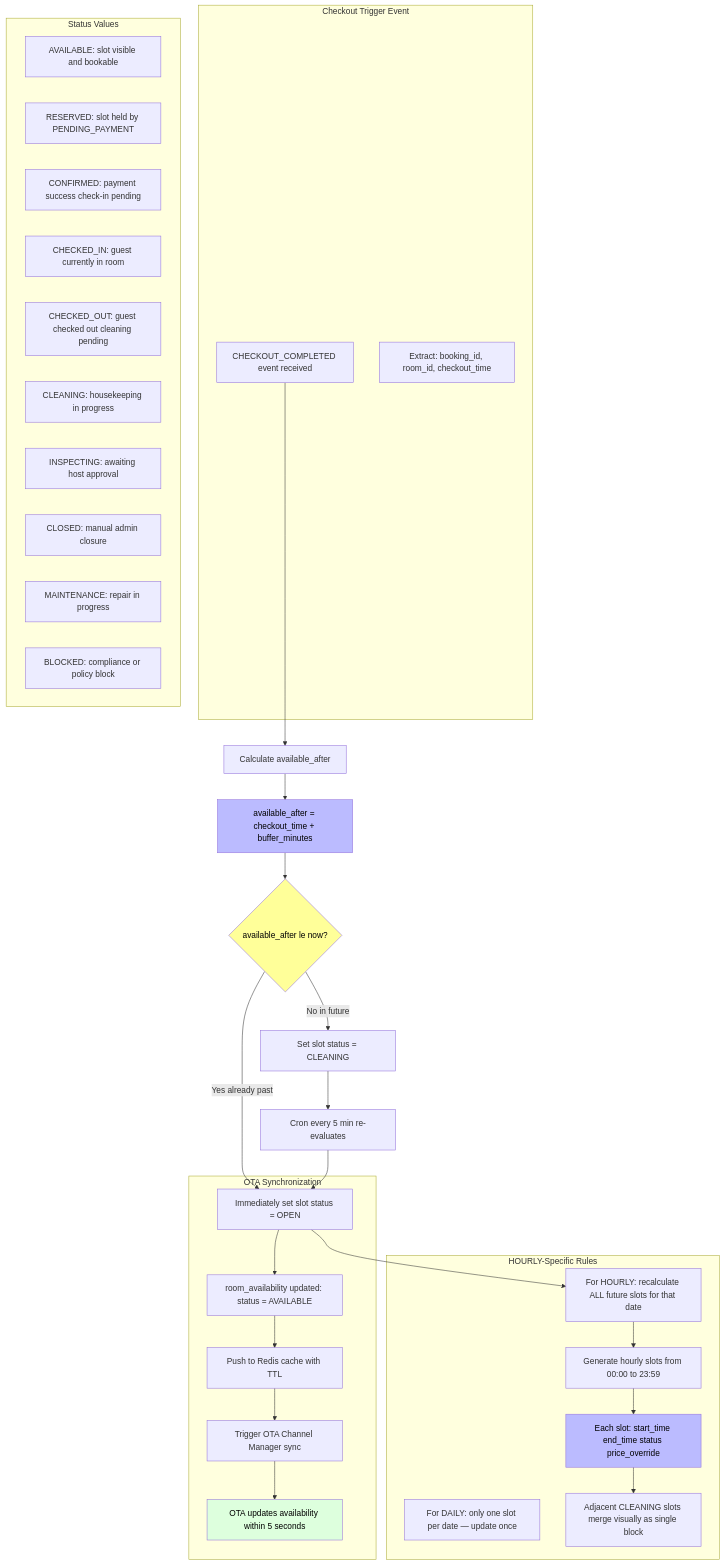
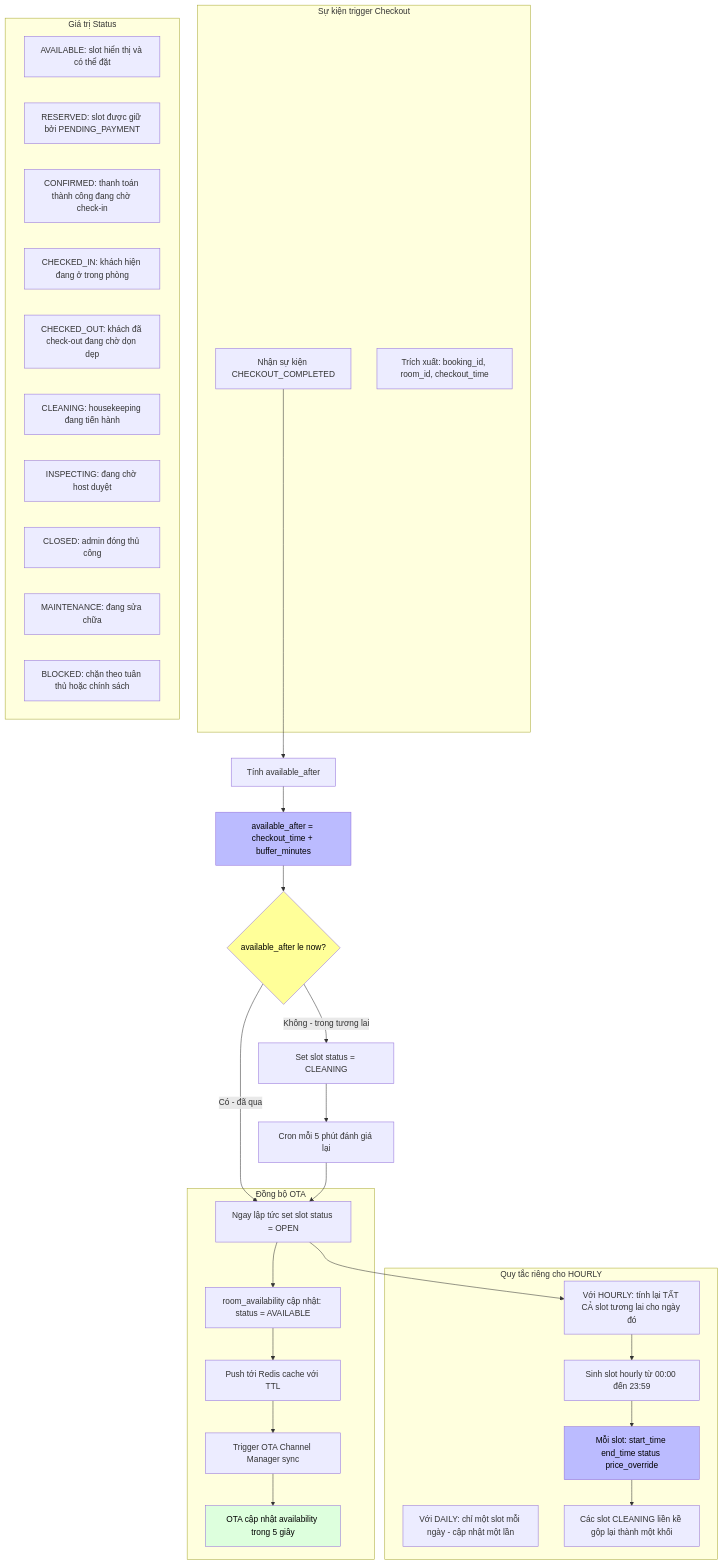
Before and after one commit to PhamVietHoangFPT/databaseHomi: diagram 17 of 54 in Mermaid.md, drawn with Mermaid. The commit also changed other lines of this file and 3 other files, not shown here.

````diff
--- a/Mermaid.md
+++ b/Mermaid.md
@@ -607,52 +607,52 @@
 ```mermaid
 flowchart TD
-    subgraph CheckoutTrigger[Checkout Trigger Event]
-        T1[CHECKOUT_COMPLETED event received]
-        T2[Extract: booking_id, room_id, checkout_time]
+    subgraph CheckoutTrigger[Sự kiện trigger Checkout]
+        T1[Nhận sự kiện CHECKOUT_COMPLETED]
+        T2[Trích xuất: booking_id, room_id, checkout_time]
     end
 
-    T1 --> S1[Calculate available_after]
+    T1 --> S1[Tính available_after]
     S1 --> S2[available_after = checkout_time + buffer_minutes]
 
     S2 --> S3{available_after le now?}
 
-    S3 -->|Yes already past| S4[Immediately set slot status = OPEN]
-    S3 -->|No in future| S5[Set slot status = CLEANING]
-    S5 --> SCHED[Cron every 5 min re-evaluates]
+    S3 -->|Có - đã qua| S4[Ngay lập tức set slot status = OPEN]
+    S3 -->|Không - trong tương lai| S5[Set slot status = CLEANING]
+    S5 --> SCHED[Cron mỗi 5 phút đánh giá lại]
 
-    subgraph StatusEnum[Status Values]
-        ST1[AVAILABLE: slot visible and bookable]
-        ST2[RESERVED: slot held by PENDING_PAYMENT]
-        ST3[CONFIRMED: payment success check-in pending]
-        ST4[CHECKED_IN: guest currently in room]
-        ST5[CHECKED_OUT: guest checked out cleaning pending]
-        ST6[CLEANING: housekeeping in progress]
-        ST7[INSPECTING: awaiting host approval]
-        ST8[CLOSED: manual admin closure]
-        ST9[MAINTENANCE: repair in progress]
-        ST10[BLOCKED: compliance or policy block]
+    subgraph StatusEnum[Giá trị Status]
+        ST1[AVAILABLE: slot hiển thị và có thể đặt]
+        ST2[RESERVED: slot được giữ bởi PENDING_PAYMENT]
+        ST3[CONFIRMED: thanh toán thành công đang chờ check-in]
+        ST4[CHECKED_IN: khách hiện đang ở trong phòng]
+        ST5[CHECKED_OUT: khách đã check-out đang chờ dọn dẹp]
+        ST6[CLEANING: housekeeping đang tiến hành]
+        ST7[INSPECTING: đang chờ host duyệt]
+        ST8[CLOSED: admin đóng thủ công]
+        ST9[MAINTENANCE: đang sửa chữa]
+        ST10[BLOCKED: chặn theo tuân thủ hoặc chính sách]
     end
 
-    subgraph HOURLYSpecial[HOURLY-Specific Rules]
-        H1[For HOURLY: recalculate ALL future slots for that date]
-        H2[For DAILY: only one slot per date — update once]
-        H1 --> H3[Generate hourly slots from 00:00 to 23:59]
-        H3 --> H4[Each slot: start_time end_time status price_override]
-        H4 --> H5[Adjacent CLEANING slots merge visually as single block]
+    subgraph HOURLYSpecial[Quy tắc riêng cho HOURLY]
+        H1[Với HOURLY: tính lại TẤT CẢ slot tương lai cho ngày đó]
+        H2[Với DAILY: chỉ một slot mỗi ngày - cập nhật một lần]
+        H1 --> H3[Sinh slot hourly từ 00:00 đến 23:59]
+        H3 --> H4[Mỗi slot: start_time end_time status price_override]
+        H4 --> H5[Các slot CLEANING liền kề gộp lại thành một khối]
     end
 
     S4 --> H1
     SCHED --> S4
 
-    subgraph OTAPush[OTA Synchronization]
-        S4 --> O1[room_availability updated: status = AVAILABLE]
-        O1 --> O2[Push to Redis cache with TTL]
+    subgraph OTAPush[Đồng bộ OTA]
+        S4 --> O1[room_availability cập nhật: status = AVAILABLE]
+        O1 --> O2[Push tới Redis cache với TTL]
         O2 --> O3[Trigger OTA Channel Manager sync]
-        O3 --> O4[OTA updates availability within 5 seconds]
+        O3 --> O4[OTA cập nhật availability trong 5 giây]
     end
 
     style S2 fill:#bbf,color:#000
     style S3 fill:#ff9,color:#000
     style H4 fill:#bbf,color:#000
     style O4 fill:#dfd,color:#000
 ```
````
